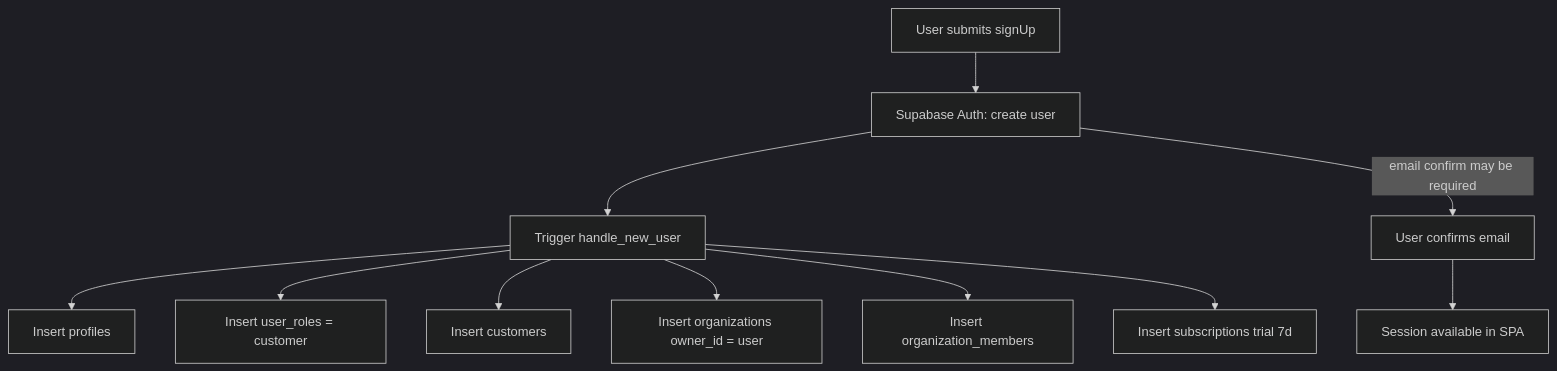
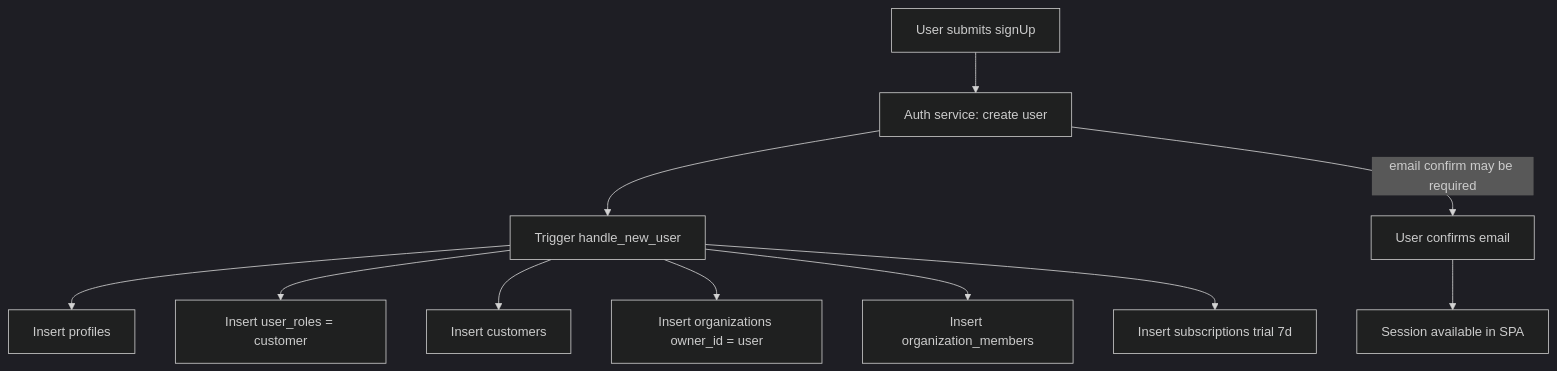
One commit to arnoldchrisoduor1/barber-house-charm2 changed the third of 11 diagrams in docs/public/docs-sources/technical-architecture-current-implementation.md. Above: the diagram before and after it, drawn with Mermaid (dark theme). The commit also changed other lines of this file and 9 other files, not shown here.

````diff
--- a/docs/public/docs-sources/technical-architecture-current-implementation.md
+++ b/docs/public/docs-sources/technical-architecture-current-implementation.md
@@ -136,13 +136,13 @@
 ```mermaid
 flowchart TD
-  U[User submits signUp] --> SA[Supabase Auth: create user]
+  U[User submits signUp] --> SA[Auth service: create user]
   SA --> TG[Trigger handle_new_user]
   TG --> P[Insert profiles]
   TG --> UR[Insert user_roles = customer]
   TG --> CU[Insert customers]
   TG --> O[Insert organizations owner_id = user]
   TG --> OM[Insert organization_members]
   TG --> SU[Insert subscriptions trial 7d]
   SA -->|email confirm may be required| EM[User confirms email]
   EM --> SE[Session available in SPA]
 ```
````
